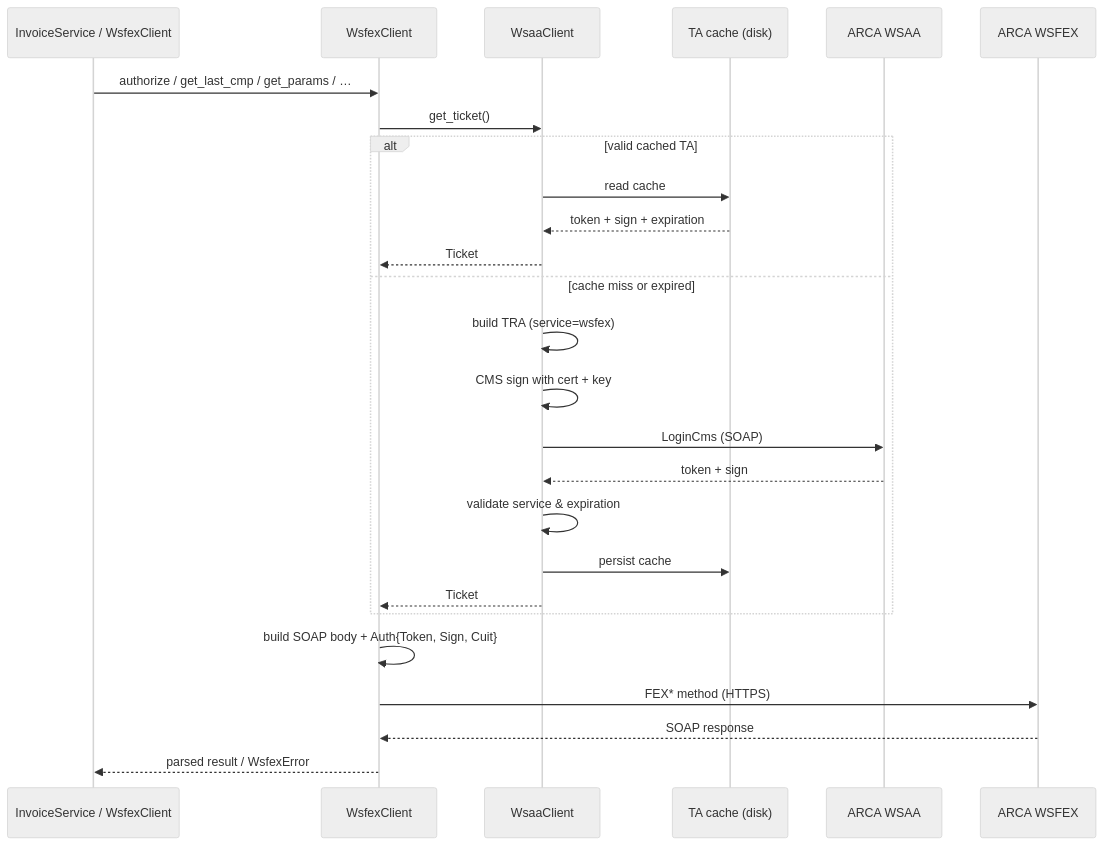
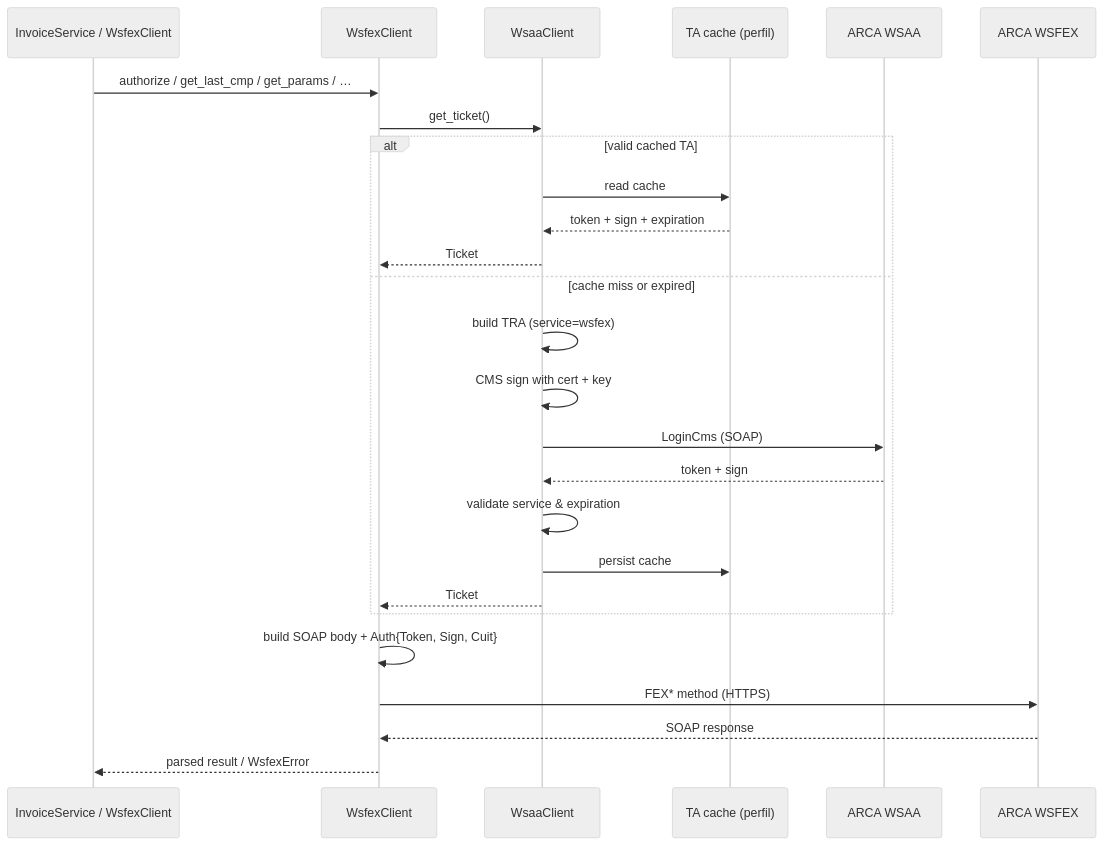
One commit to FacundoTripelhorn/facturadorE changed the sixth of 7 diagrams in docs/agent/architecture-graphs.md. Above: the diagram before and after it, drawn with Mermaid (neutral theme). The commit also changed other lines of this file and 10 other files, not shown here.

````diff
--- a/docs/agent/architecture-graphs.md
+++ b/docs/agent/architecture-graphs.md
@@ -256,31 +287,31 @@
 ```mermaid
 sequenceDiagram
   participant S as InvoiceService / WsfexClient
   participant W as WsfexClient
   participant WA as WsaaClient
-  participant DISK as TA cache (disk)
+  participant DISK as TA cache (perfil)
   participant WSAA as ARCA WSAA
   participant WSFEX as ARCA WSFEX
 
   S->>W: authorize / get_last_cmp / get_params / …
   W->>WA: get_ticket()
 
   alt valid cached TA
     WA->>DISK: read cache
     DISK-->>WA: token + sign + expiration
     WA-->>W: Ticket
   else cache miss or expired
     WA->>WA: build TRA (service=wsfex)
     WA->>WA: CMS sign with cert + key
     WA->>WSAA: LoginCms (SOAP)
     WSAA-->>WA: token + sign
     WA->>WA: validate service & expiration
     WA->>DISK: persist cache
     WA-->>W: Ticket
   end
 
   W->>W: build SOAP body + Auth{Token, Sign, Cuit}
   W->>WSFEX: FEX* method (HTTPS)
   WSFEX-->>W: SOAP response
   W-->>S: parsed result / WsfexError
 ```
````
